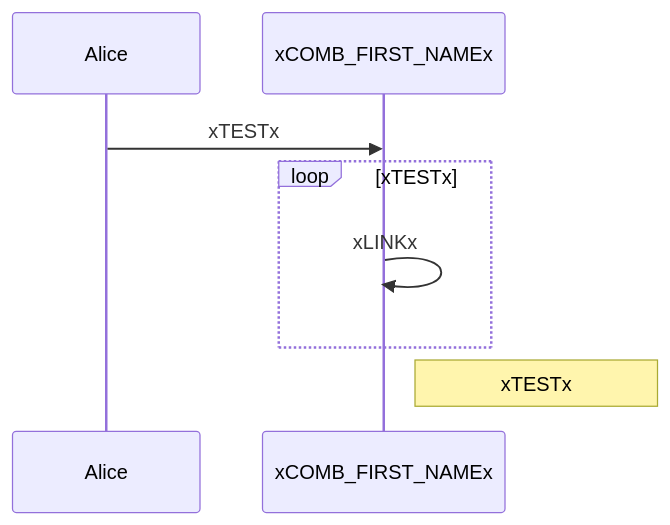
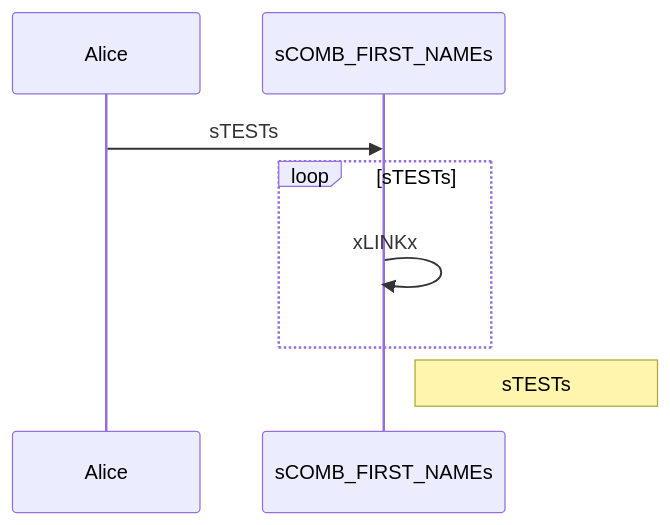
One commit to six-two/mkdocs-placeholder-plugin changed the second of 2 diagrams in docs/tests/mermaid_diagrams.md. Above: the diagram before and after it, drawn with Mermaid. The commit also changed other lines of this file and 9 other files, not shown here.

````diff
--- a/docs/tests/mermaid_diagrams.md
+++ b/docs/tests/mermaid_diagrams.md
@@ -54,8 +56,8 @@
 ```mermaid
 sequenceDiagram
-  Alice->>xCOMB_FIRST_NAMEx: xTESTx
-  loop xTESTx
-      xCOMB_FIRST_NAMEx->>xCOMB_FIRST_NAMEx: xLINKx
+  Alice->>sCOMB_FIRST_NAMEs: sTESTs
+  loop sTESTs
+      sCOMB_FIRST_NAMEs->>sCOMB_FIRST_NAMEs: xLINKx
   end
-  Note right of xCOMB_FIRST_NAMEx: xTESTx
+  Note right of sCOMB_FIRST_NAMEs: sTESTs
 ```
````
